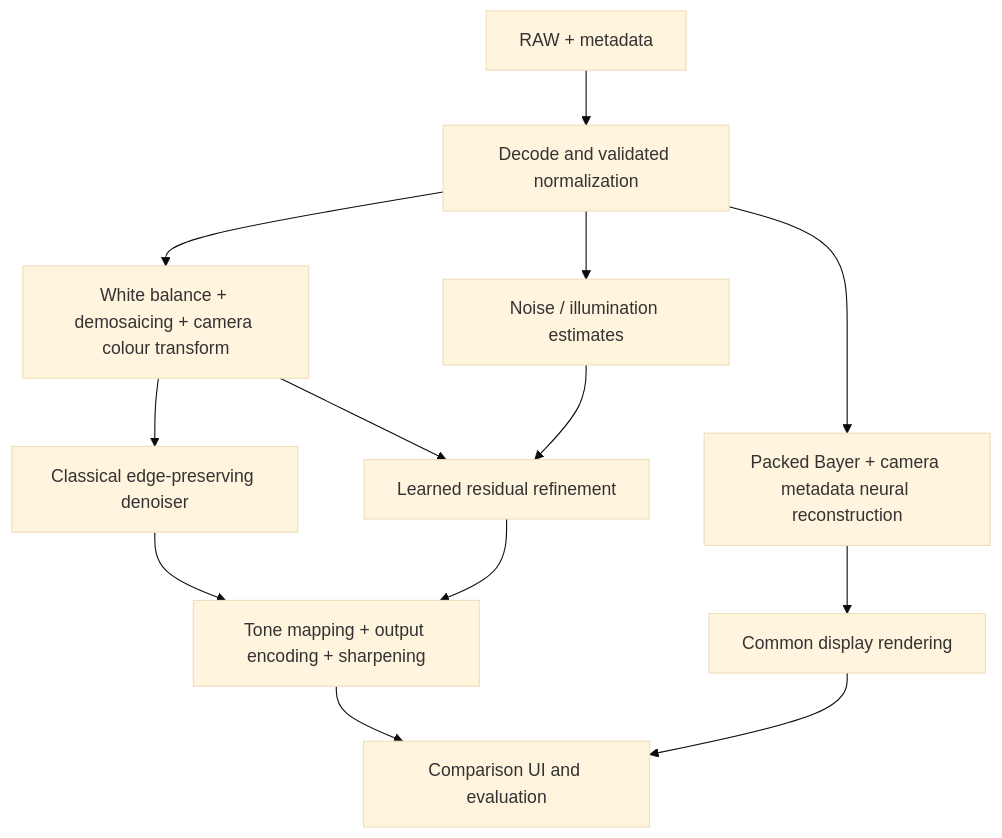
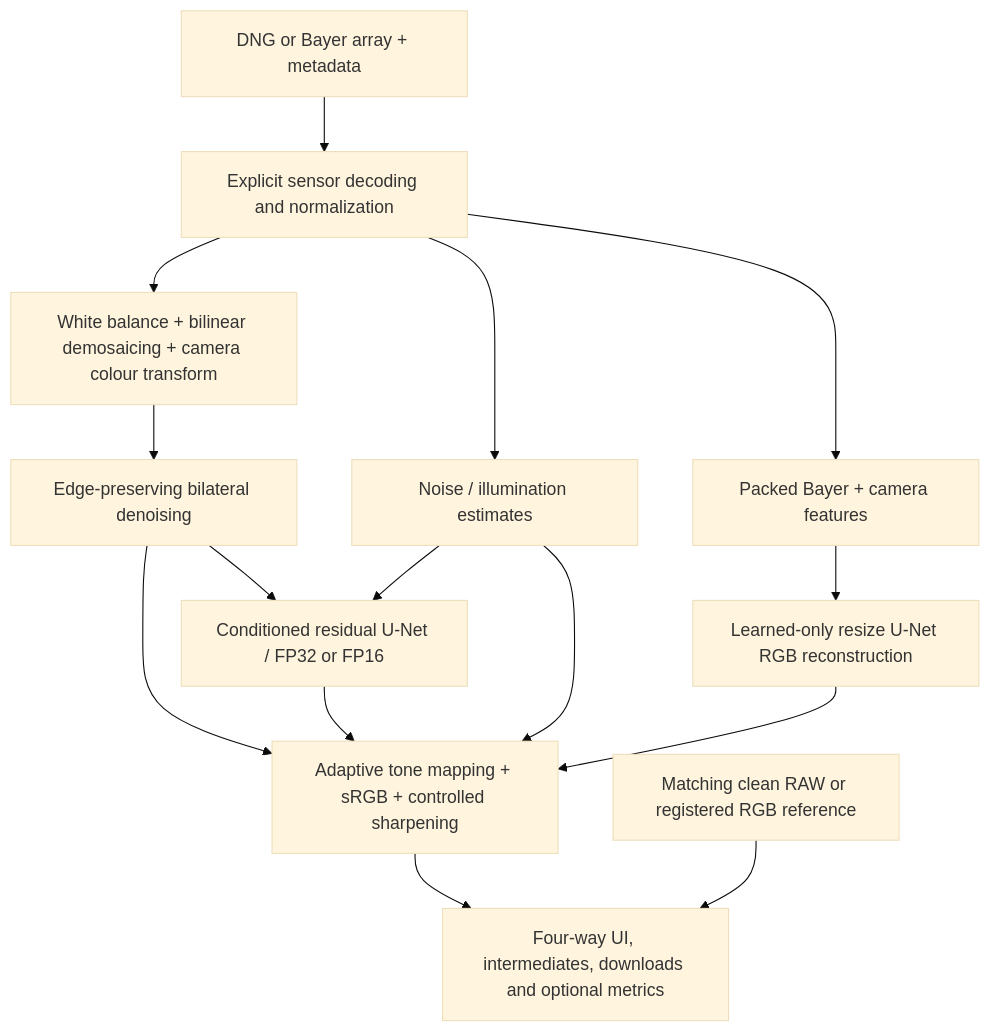
Before and after one commit to Hey-Ritik/PrismRAW: the diagram in docs/architecture.md, drawn with Mermaid (base theme). The commit also changed other lines of this file and 60 other files, not shown here.

Commit message:
Complete PrismRAW local app, evaluation and T47 submission reports

````diff
--- a/docs/architecture.md
+++ b/docs/architecture.md
@@ -5,15 +3,17 @@
 ```mermaid
 flowchart TD
-    A[RAW + metadata] --> B[Decode and validated normalization]
+    A[DNG or Bayer array + metadata] --> B[Explicit sensor decoding and normalization]
     B --> C[Noise / illumination estimates]
-    B --> D[White balance + demosaicing + camera colour transform]
-    D --> E[Classical edge-preserving denoiser]
-    D --> F[Learned residual refinement]
+    B --> D[White balance + bilinear demosaicing + camera colour transform]
+    D --> E[Edge-preserving bilateral denoising]
+    E --> F[Conditioned residual U-Net / FP32 or FP16]
+    E --> G[Adaptive tone mapping + sRGB + controlled sharpening]
+    F --> G
     C --> F
-    E --> G[Tone mapping + output encoding + sharpening]
-    F --> G
-    B --> H[Packed Bayer + camera metadata neural reconstruction]
-    H --> J[Common display rendering]
-    G --> I[Comparison UI and evaluation]
-    J --> I
+    C --> G
+    B --> H[Packed Bayer + camera features]
+    H --> I[Learned-only resize U-Net RGB reconstruction]
+    I --> G
+    G --> J[Four-way UI, intermediates, downloads and optional metrics]
+    K[Matching clean RAW or registered RGB reference] --> J
 ```
````
